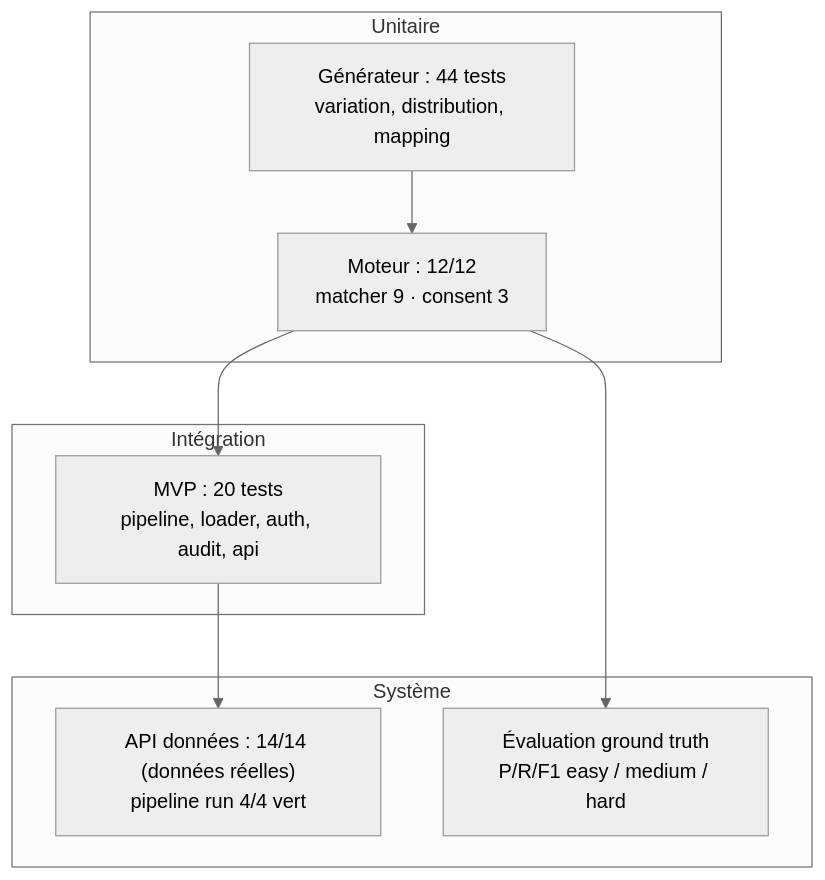
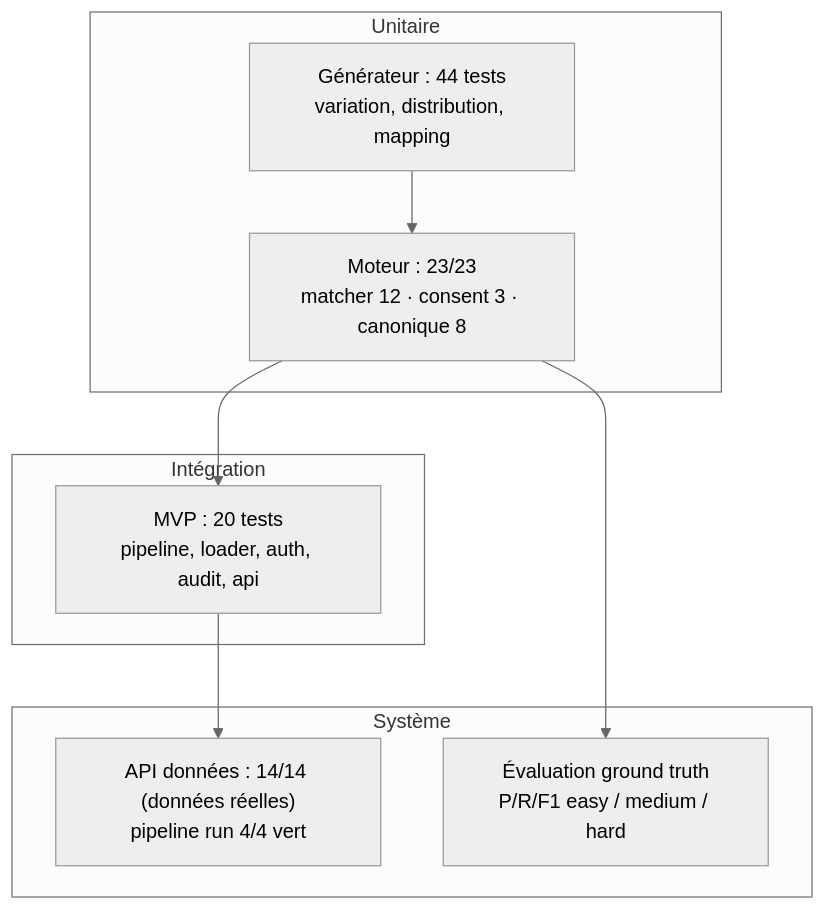
One commit to Alphamanjaka/test-big-data changed the diagram in chapters/06-tests.md. Above: the diagram before and after it, drawn with Mermaid (neutral theme). The commit also changed other lines of this file and 10 other files, not shown here.

````diff
--- a/chapters/06-tests.md
+++ b/chapters/06-tests.md
@@ -19,16 +19,16 @@
 ```mermaid
 flowchart TD
     subgraph Unitaire
         G["Générateur : 44 tests<br/>variation, distribution, mapping"]
-        E["Moteur : 12/12<br/>matcher 9 · consent 3"]
+        E["Moteur : 23/23<br/>matcher 12 · consent 3 · canonique 8"]
     end
     subgraph Intégration
         MVP["MVP : 20 tests<br/>pipeline, loader, auth, audit, api"]
     end
     subgraph Système
         API["API données : 14/14 (données réelles)<br/>pipeline run 4/4 vert"]
         EVAL["Évaluation ground truth<br/>P/R/F1 easy / medium / hard"]
     end
     G --> E --> MVP --> API
     E --> EVAL
 ```
````
